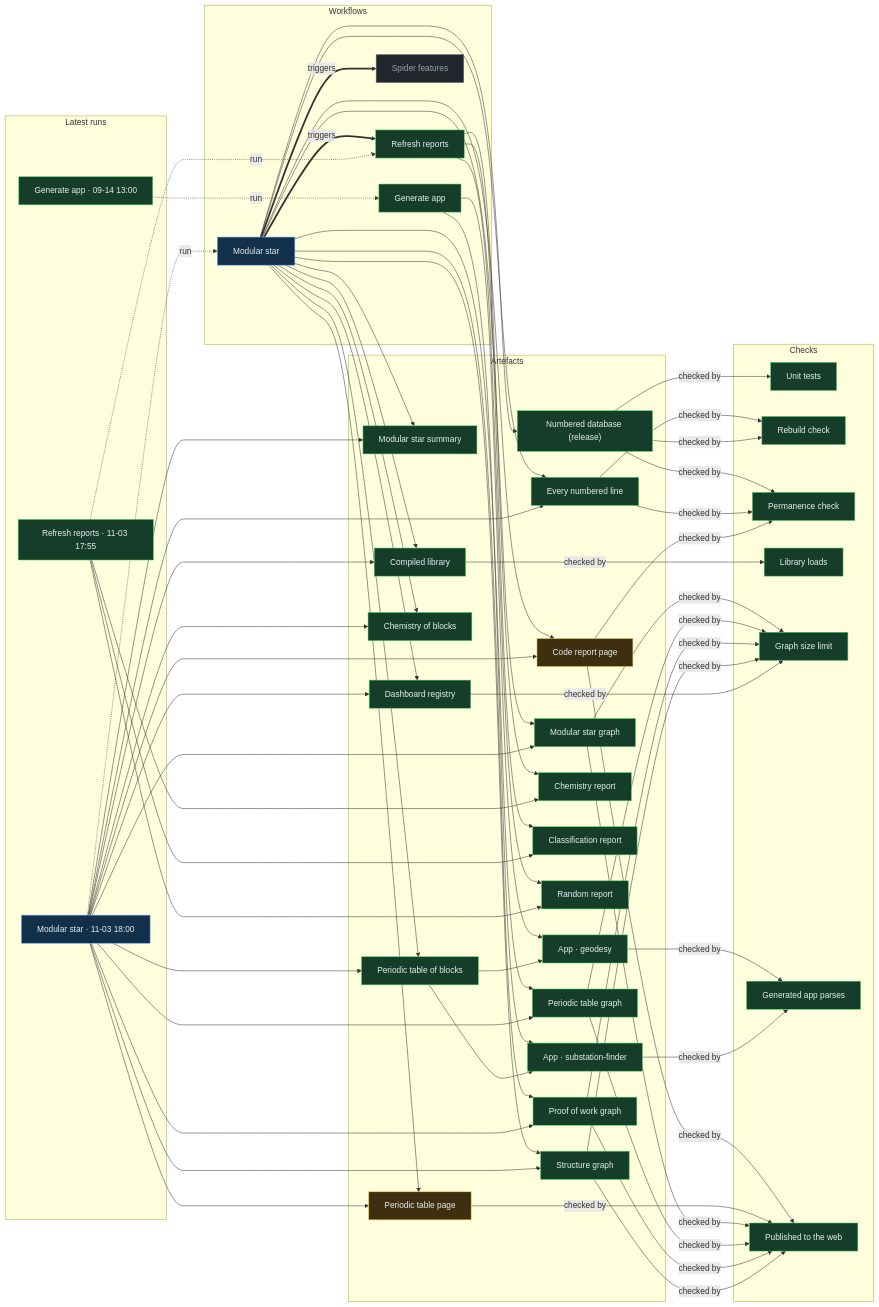
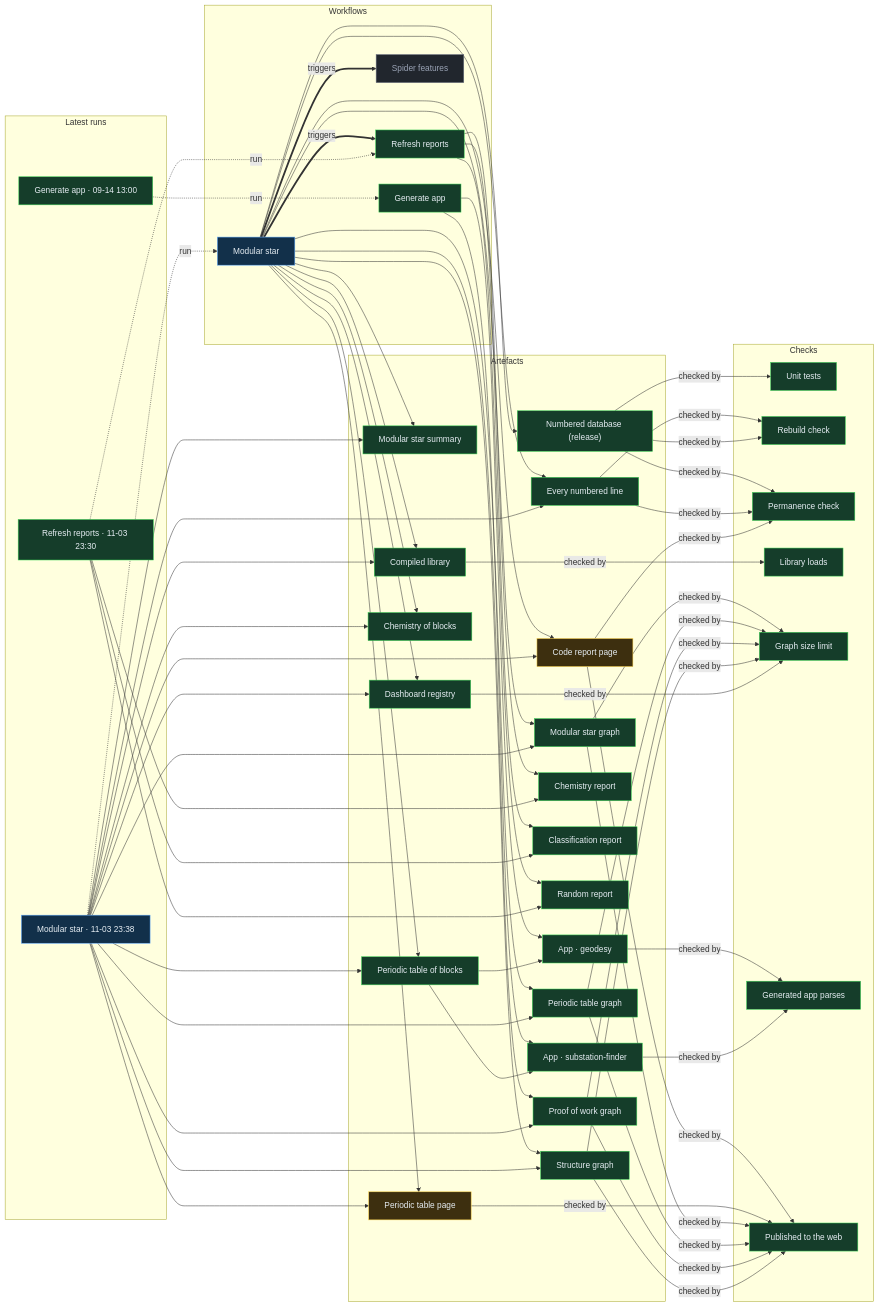
The diagram in proof/PROOF.md (Ventusltd/stars), drawn with Mermaid before and after one commit. The commit also changed other lines of this file and 49 other files, not shown here.

Commit message:
Modular star 2026-11-03T23:41Z

```diff
--- a/proof/PROOF.md
+++ b/proof/PROOF.md
@@ -24,8 +24,8 @@
   n_wf_spider_features["Spider features"]:::off
   end
   subgraph g_runs["Latest runs"]
-  n_run_41689572305["Modular star · 11-03 18:00"]:::live
-  n_run_41688899225["Refresh reports · 11-03 17:55"]:::ok
+  n_run_41740765567["Modular star · 11-03 23:38"]:::live
+  n_run_41739728571["Refresh reports · 11-03 23:30"]:::ok
   n_run_34846587798["Generate app · 09-14 13:00"]:::ok
   end
   subgraph g_artefacts["Artefacts"]
@@ -59,39 +59,39 @@
   end
   n_wf_modular_star == triggers ==> n_wf_refresh
   n_wf_modular_star == triggers ==> n_wf_spider_features
-  n_run_41689572305 -. run .-> n_wf_modular_star
-  n_run_41688899225 -. run .-> n_wf_refresh
+  n_run_41740765567 -. run .-> n_wf_modular_star
+  n_run_41739728571 -. run .-> n_wf_refresh
   n_run_34846587798 -. run .-> n_wf_generate
   n_wf_modular_star --> n_art_summary
-  n_run_41689572305 --> n_art_summary
+  n_run_41740765567 --> n_art_summary
   n_wf_modular_star --> n_art_lines
-  n_run_41689572305 --> n_art_lines
+  n_run_41740765567 --> n_art_lines
   n_wf_modular_star --> n_art_code
-  n_run_41689572305 --> n_art_code
+  n_run_41740765567 --> n_art_code
   n_wf_modular_star --> n_art_modular_graph
-  n_run_41689572305 --> n_art_modular_graph
+  n_run_41740765567 --> n_art_modular_graph
   n_wf_modular_star --> n_art_blocks
-  n_run_41689572305 --> n_art_blocks
+  n_run_41740765567 --> n_art_blocks
   n_wf_modular_star --> n_art_table
-  n_run_41689572305 --> n_art_table
+  n_run_41740765567 --> n_art_table
   n_wf_modular_star --> n_art_blocks_graph
-  n_run_41689572305 --> n_art_blocks_graph
+  n_run_41740765567 --> n_art_blocks_graph
   n_wf_modular_star --> n_art_reactions
-  n_run_41689572305 --> n_art_reactions
+  n_run_41740765567 --> n_art_reactions
   n_wf_modular_star --> n_art_library
-  n_run_41689572305 --> n_art_library
+  n_run_41740765567 --> n_art_library
   n_wf_modular_star --> n_art_features
-  n_run_41689572305 --> n_art_features
+  n_run_41740765567 --> n_art_features
   n_wf_modular_star --> n_art_proof
-  n_run_41689572305 --> n_art_proof
+  n_run_41740765567 --> n_art_proof
   n_wf_modular_star --> n_art_structure
-  n_run_41689572305 --> n_art_structure
+  n_run_41740765567 --> n_art_structure
   n_wf_refresh --> n_art_chemistry
-  n_run_41688899225 --> n_art_chemistry
+  n_run_41739728571 --> n_art_chemistry
   n_wf_refresh --> n_art_vedic
-  n_run_41688899225 --> n_art_vedic
+  n_run_41739728571 --> n_art_vedic
   n_wf_refresh --> n_art_random
-  n_run_41688899225 --> n_art_random
+  n_run_41739728571 --> n_art_random
   n_wf_modular_star --> n_art_release
   n_wf_generate --> n_app_geodesy
   n_art_blocks --> n_app_geodesy
```
